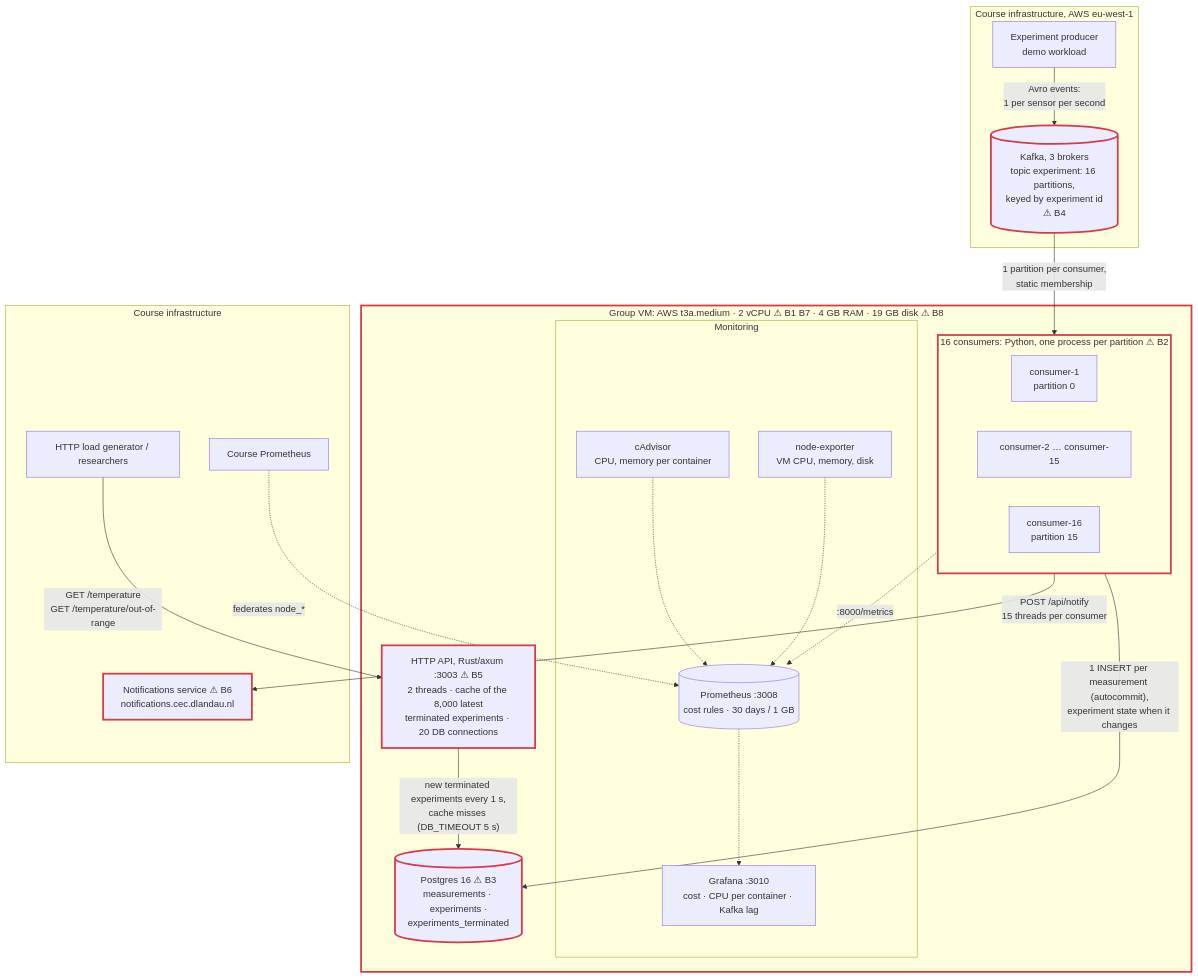
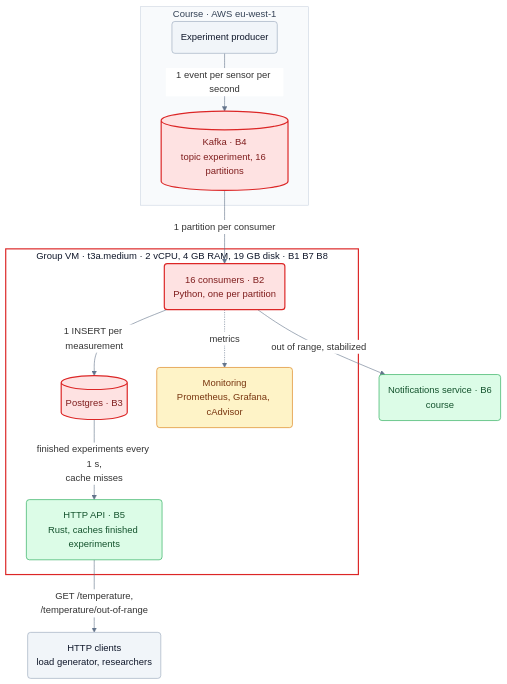
Before and after one commit to jakobvongehlen/cec-assignment-implementation: the diagram in README.md, drawn with Mermaid. The commit also changed other lines of this file, not shown here.

First line of the commit message:
docs: shorter README section, restyled architecture diagram

````diff
--- a/README.md
+++ b/README.md
@@ -13,46 +10,37 @@
 ```mermaid
+%%{init: {"theme": "base", "themeVariables": {"lineColor": "#64748b", "textColor": "#0f172a", "edgeLabelBackground": "#ffffff"}}}%%
 flowchart TB
-    subgraph course_in["Course infrastructure, AWS eu-west-1"]
-        producer["Experiment producer<br/>demo workload"]
-        kafka[("Kafka, 3 brokers<br/>topic experiment: 16 partitions,<br/>keyed by experiment id<br/>⚠ B4")]
+    subgraph course[" Course · AWS eu-west-1 "]
+        producer("Experiment producer")
+        kafka[("Kafka · B4<br/>topic experiment, 16 partitions")]
     end
 
-    subgraph vm["Group VM: AWS t3a.medium · 2 vCPU ⚠ B1 B7 · 4 GB RAM · 19 GB disk ⚠ B8"]
-        subgraph consumers["16 consumers: Python, one process per partition ⚠ B2"]
-            c1["consumer-1<br/>partition 0"]
-            cx["consumer-2 … consumer-15"]
-            c16["consumer-16<br/>partition 15"]
-        end
-        pg[("Postgres 16 ⚠ B3<br/>measurements · experiments ·<br/>experiments_terminated")]
-        api["HTTP API, Rust/axum :3003 ⚠ B5<br/>2 threads · cache of the 8,000 latest<br/>terminated experiments · 20 DB connections"]
-        subgraph mon["Monitoring"]
-            cadvisor["cAdvisor<br/>CPU, memory per container"]
-            nodeexp["node-exporter<br/>VM CPU, memory, disk"]
-            prom[("Prometheus :3008<br/>cost rules · 30 days / 1 GB")]
-            grafana["Grafana :3010<br/>cost · CPU per container · Kafka lag"]
-        end
+    subgraph vm[" Group VM · t3a.medium · 2 vCPU, 4 GB RAM, 19 GB disk · B1 B7 B8 "]
+        consumers("16 consumers · B2<br/>Python, one per partition")
+        db[("Postgres · B3")]
+        api("HTTP API · B5<br/>Rust, caches finished experiments")
+        mon("Monitoring<br/>Prometheus, Grafana, cAdvisor")
     end
 
-    subgraph course_out["Course infrastructure"]
-        notif["Notifications service ⚠ B6<br/>notifications.cec.dlandau.nl"]
-        http["HTTP load generator / researchers"]
-        cprom["Course Prometheus"]
-    end
+    notify("Notifications service · B6<br/>course")
+    clients("HTTP clients<br/>load generator, researchers")
 
-    producer -->|"Avro events:<br/>1 per sensor per second"| kafka
-    kafka -->|"1 partition per consumer,<br/>static membership"| consumers
-    consumers -->|"1 INSERT per measurement (autocommit),<br/>experiment state when it changes"| pg
-    consumers -->|"POST /api/notify<br/>15 threads per consumer"| notif
-    http -->|"GET /temperature<br/>GET /temperature/out-of-range"| api
-    api -->|"new terminated experiments every 1 s,<br/>cache misses (DB_TIMEOUT 5 s)"| pg
-    consumers -.->|":8000/metrics"| prom
-    cadvisor -.-> prom
-    nodeexp -.-> prom
-    prom -.-> grafana
-    cprom -.->|"federates node_*"| prom
+    producer -->|"1 event per sensor per second"| kafka
+    kafka -->|"1 partition per consumer"| consumers
+    consumers -->|"1 INSERT per measurement"| db
+    consumers -->|"out of range, stabilized"| notify
+    db -->|"finished experiments every 1 s,<br/>cache misses"| api
+    api -->|"GET /temperature,<br/>/temperature/out-of-range"| clients
+    consumers -.->|"metrics"| mon
 
-    classDef bottleneck stroke:#d73a49,stroke-width:3px
-    class kafka,pg,api,notif bottleneck
-    style consumers stroke:#d73a49,stroke-width:3px
-    style vm stroke:#d73a49,stroke-width:3px
+    classDef external fill:#f1f5f9,stroke:#94a3b8,color:#0f172a
+    classDef limit fill:#fee2e2,stroke:#dc2626,stroke-width:2px,color:#7f1d1d
+    classDef headroom fill:#dcfce7,stroke:#16a34a,color:#14532d
+    classDef monitor fill:#fef3c7,stroke:#d97706,color:#78350f
+    class producer,clients external
+    class kafka,consumers,db limit
+    class api,notify headroom
+    class mon monitor
+    style vm fill:#ffffff,stroke:#dc2626,stroke-width:2px,color:#0f172a
+    style course fill:#f8fafc,stroke:#cbd5e1,color:#334155
 ```
````
